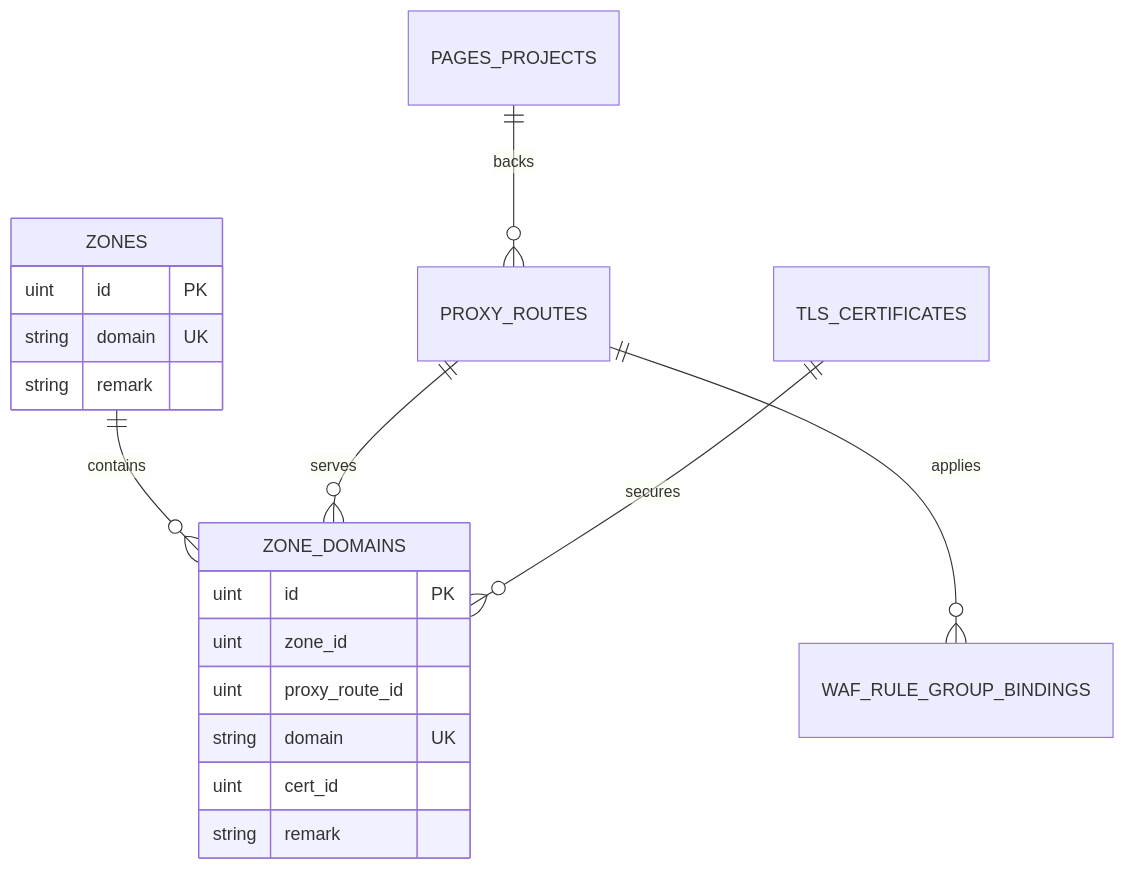
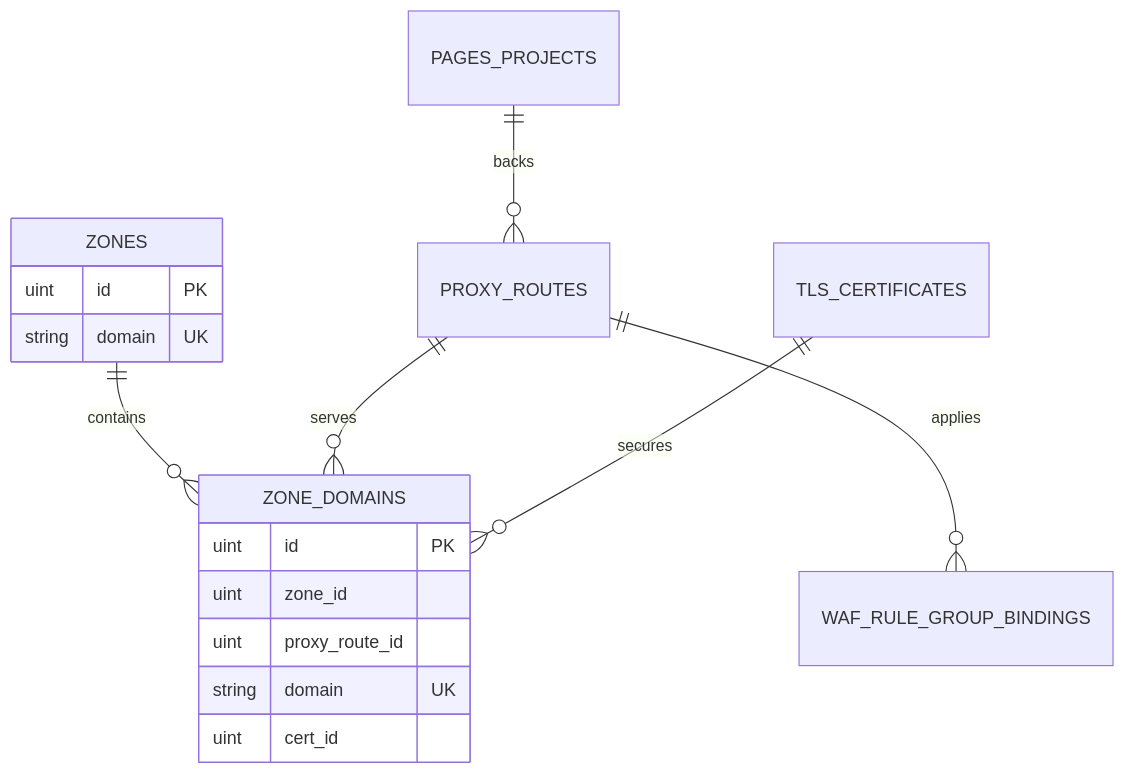
One commit to Rain-kl/OpenFlare changed the diagram in docs/design/zone-design.md. Above: the diagram before and after it, drawn with Mermaid. The commit also changed other lines of this file and 42 other files, not shown here.

````diff
--- a/docs/design/zone-design.md
+++ b/docs/design/zone-design.md
@@ -19,22 +19,20 @@
 ```mermaid
 erDiagram
   ZONES ||--o{ ZONE_DOMAINS : contains
   PROXY_ROUTES ||--o{ ZONE_DOMAINS : serves
   TLS_CERTIFICATES ||--o{ ZONE_DOMAINS : secures
   PROXY_ROUTES ||--o{ WAF_RULE_GROUP_BINDINGS : applies
   PAGES_PROJECTS ||--o{ PROXY_ROUTES : backs
 
   ZONES {
     uint id PK
     string domain UK
-    string remark
   }
   ZONE_DOMAINS {
     uint id PK
     uint zone_id
     uint proxy_route_id
     string domain UK
     uint cert_id
-    string remark
   }
 ```
````
